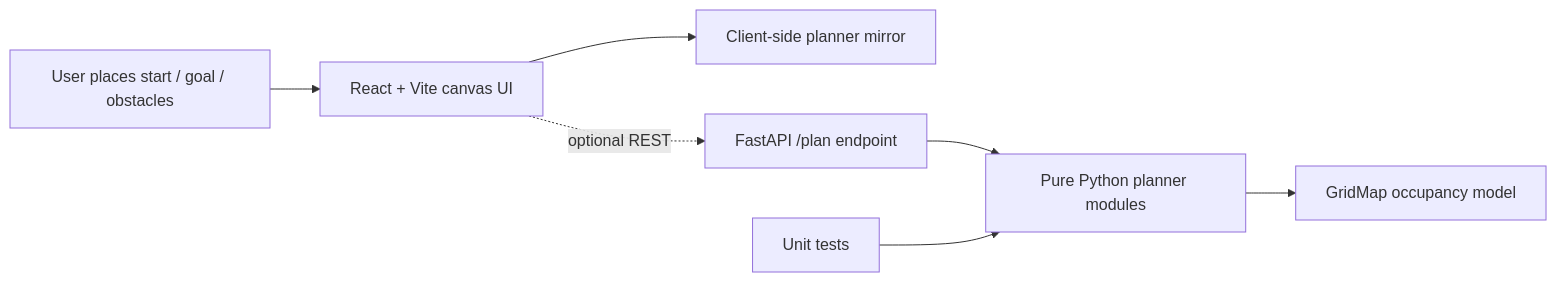
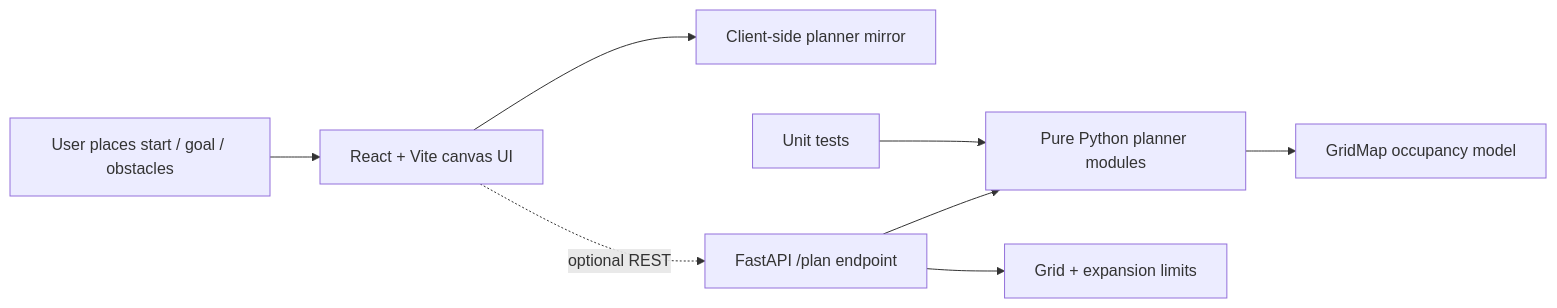
The diagram in README.md (nn2029/robot-path-planning-simulator), drawn with Mermaid before and after one commit. The commit also changed other lines of this file and 7 other files, not shown here.

````diff
--- a/README.md
+++ b/README.md
@@ -15,9 +16,10 @@
 ```mermaid
 flowchart LR
   User["User places start / goal / obstacles"] --> Canvas["React + Vite canvas UI"]
   Canvas --> LocalPlanner["Client-side planner mirror"]
   Canvas -. optional REST .-> API["FastAPI /plan endpoint"]
   API --> Core["Pure Python planner modules"]
   Core --> Grid["GridMap occupancy model"]
+  API --> Limits["Grid + expansion limits"]
   Tests["Unit tests"] --> Core
 ```
````
